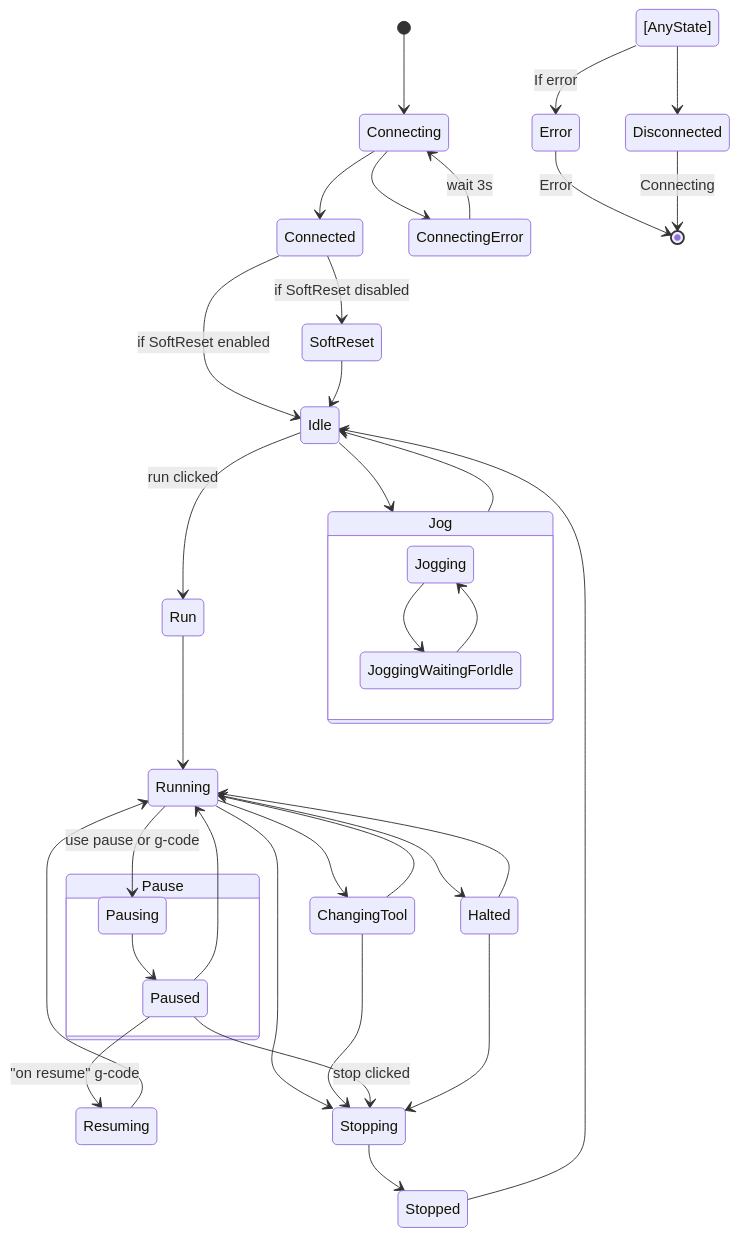
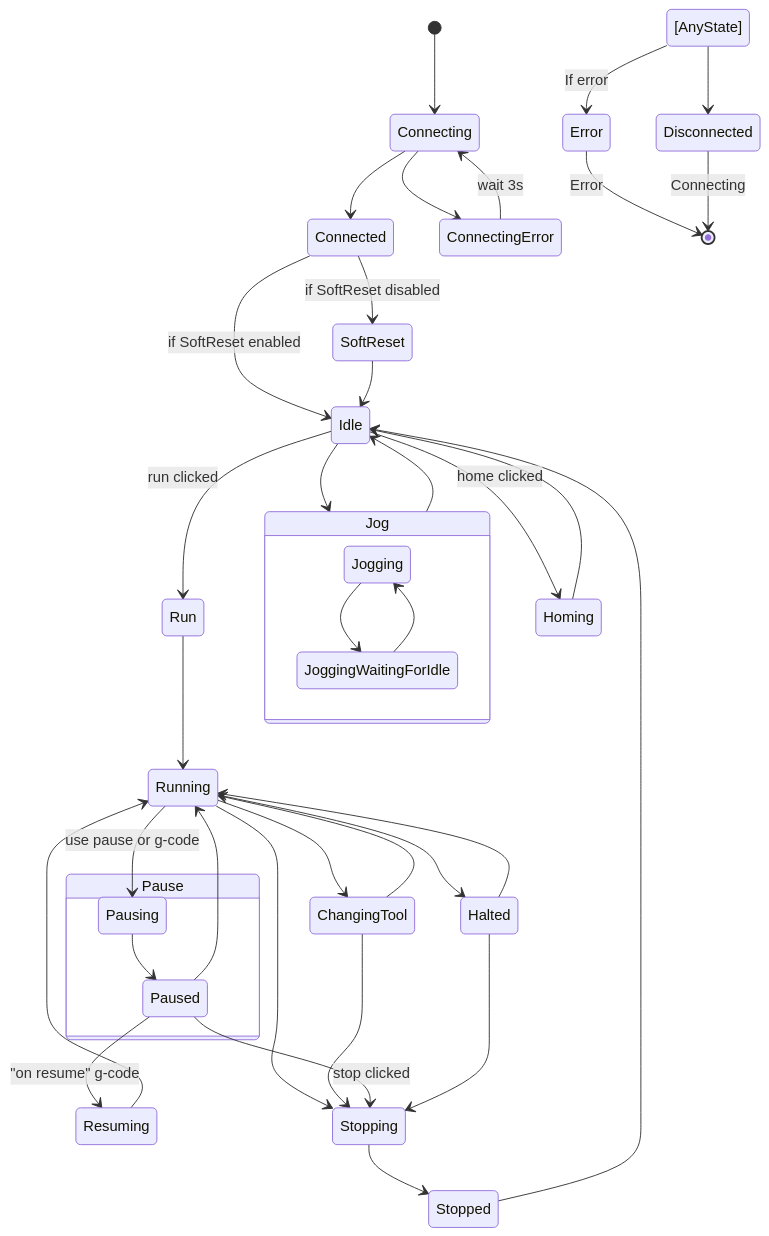
The diagram in readme.md (bodyhey/Candle3), drawn with Mermaid before and after one commit. The commit also changed 9 other files, not shown here.

````diff
--- a/readme.md
+++ b/readme.md
@@ -79,63 +79,65 @@
 ```mermaid
 stateDiagram-v2
 %% Nodes
     Idle
     Running
     Pausing
     Paused
     Resuming
     Stopping
     Stopped
     Running
     Run
     Halted
     Jogging
     JoggingWaitingForIdle
     Halted
     Error
     SoftReset
     ChangingTool
     [AnyState]
 
     state Pause {
         Pausing --> Paused
     }
 
     state Jog {
         Jogging --> JoggingWaitingForIdle
         JoggingWaitingForIdle --> Jogging
     }
 
 %% Edge connections between nodes
     [*] --> Connecting
     Connecting --> Connected
     Connecting --> ConnectingError
     ConnectingError --> Connecting : wait 3s
     Connected --> Idle : if SoftReset enabled
     Connected --> SoftReset : if SoftReset disabled
     SoftReset --> Idle
     Idle --> Run : run clicked
     Run --> Running
     Running --> Pausing : use pause or g-code
     Running --> Stopping
     Running --> Halted
     Running --> ChangingTool
     ChangingTool --> Stopping
     ChangingTool --> Running
     Paused --> Resuming : "on resume" g-code
     Paused --> Running
     Paused --> Stopping : stop clicked
     Halted --> Running
     Halted --> Stopping
+    Idle --> Homing : home clicked
+    Homing --> Idle
     Resuming --> Running
     Stopping --> Stopped
     Stopped --> Idle
     Idle --> Jog
     Jog --> Idle
 
     [AnyState] --> Error: If error
     Error --> [*] : Error
 
     [AnyState] --> Disconnected
     Disconnected --> [*] : Connecting
 ```
````
